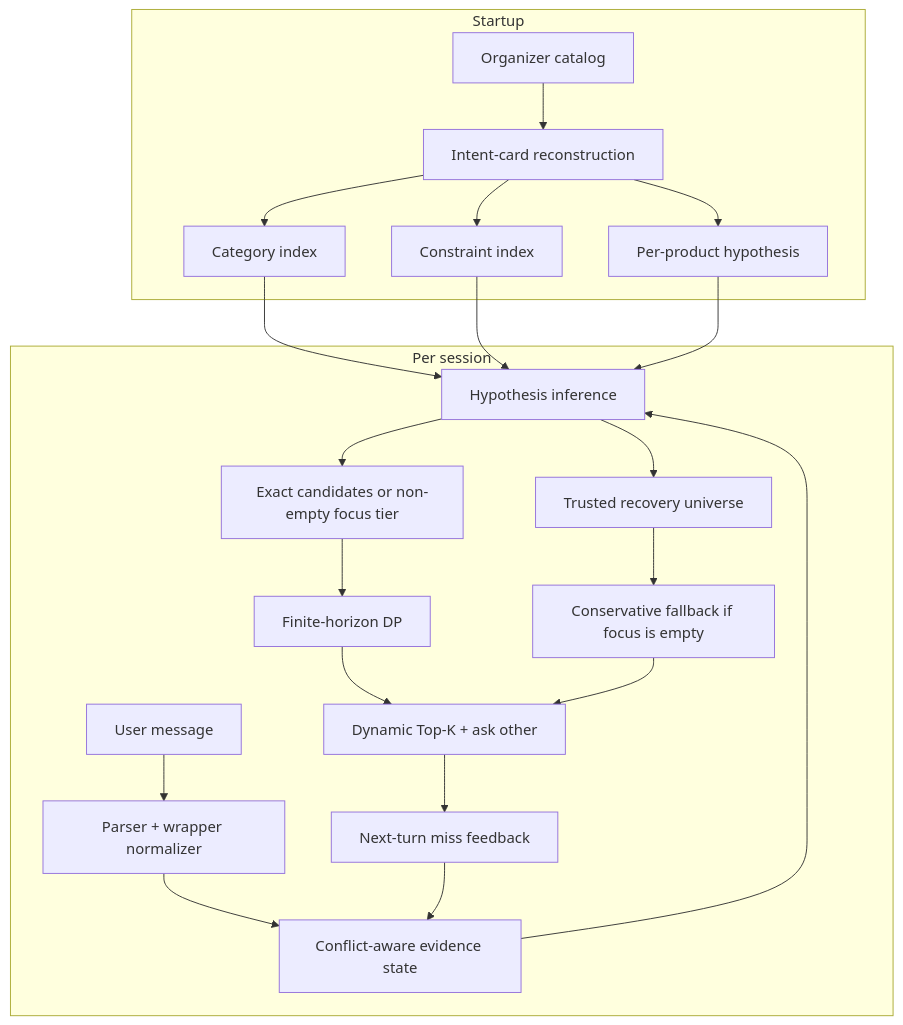
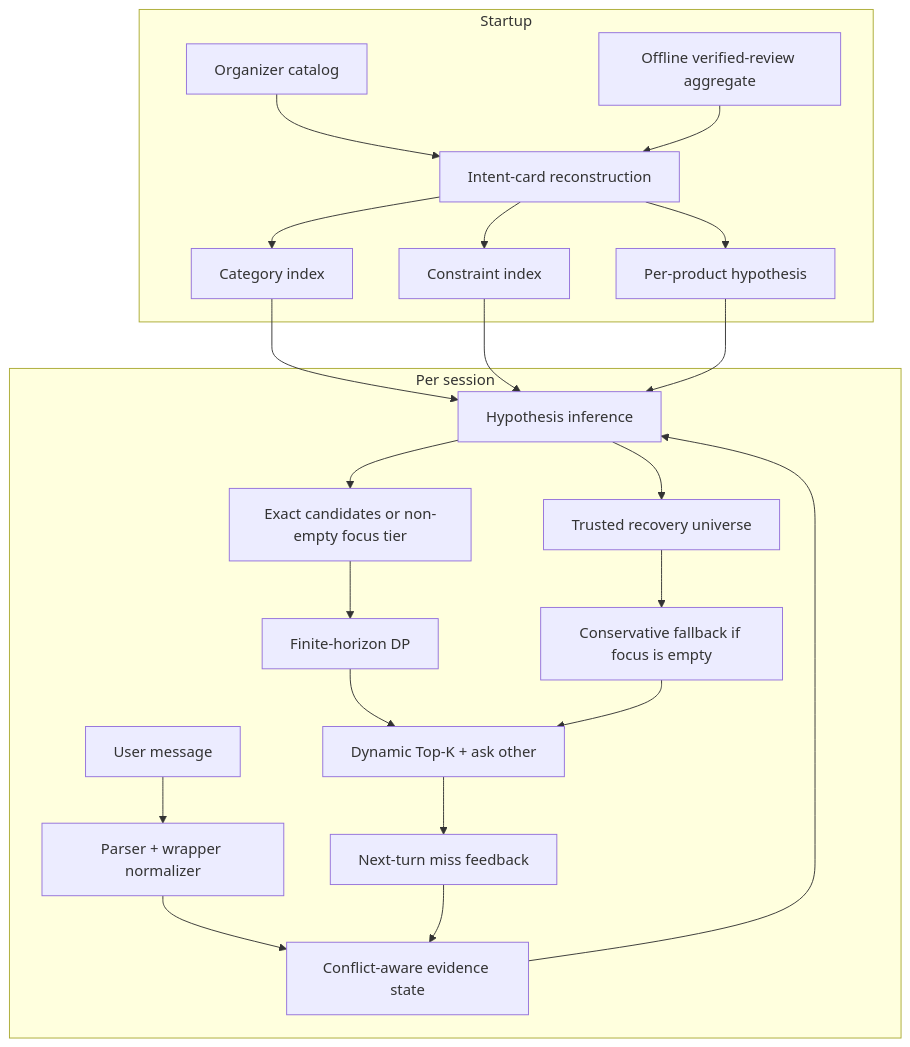
The diagram in docs/ARCHITECTURE.md (sonlexuan3000/Techjam), drawn with Mermaid before and after one commit. The commit also changed other lines of this file and 32 other files, not shown here.

Commit message:
feat: ship offline review prior

````diff
--- a/docs/ARCHITECTURE.md
+++ b/docs/ARCHITECTURE.md
@@ -24,26 +24,27 @@
 ```mermaid
 flowchart TB
     subgraph Startup
         A[Organizer catalog] --> B[Intent-card reconstruction]
+        P[Offline verified-review aggregate] --> B
         B --> C[Category index]
         B --> D[Constraint index]
         B --> E[Per-product hypothesis]
     end
 
     subgraph Per session
         F[User message] --> G[Parser + wrapper normalizer]
         G --> H[Conflict-aware evidence state]
         C --> I[Hypothesis inference]
         D --> I
         E --> I
         H --> I
         I --> J[Exact candidates or non-empty focus tier]
         I --> K[Trusted recovery universe]
         J --> L[Finite-horizon DP]
         K --> O[Conservative fallback if focus is empty]
         L --> M[Dynamic Top-K + ask other]
         O --> M
         M --> N[Next-turn miss feedback]
         N --> H
     end
 ```
````
